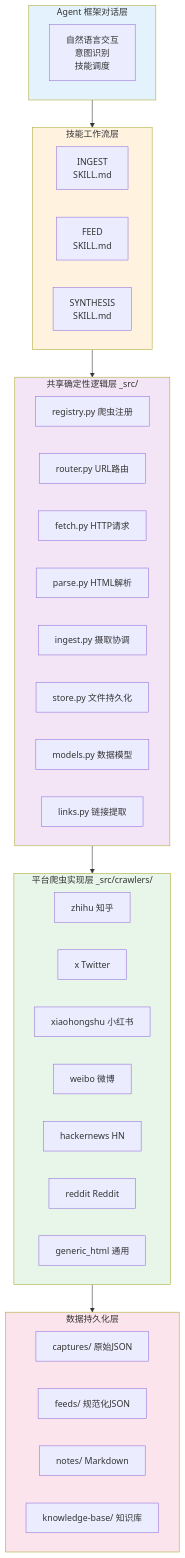
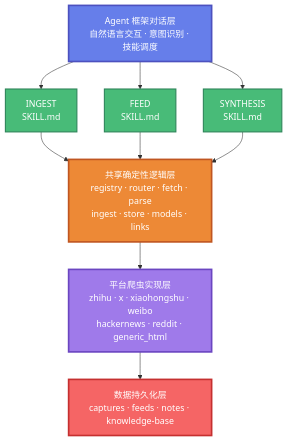
Before and after one commit to NatsuFox/Tapestry: the second of 4 diagrams in README.md, drawn with Mermaid. The commit also changed other lines of this file, not shown here.

First line of the commit message:
refactor: redesign Mermaid diagrams with vibrant colors

````diff
--- a/README.md
+++ b/README.md
@@ -220,51 +220,27 @@
 ```mermaid
 flowchart TB
-    subgraph Layer1["Agent 框架对话层"]
-        A[自然语言交互<br/>意图识别<br/>技能调度]
-    end
+    A[Agent 框架对话层<br/>自然语言交互 · 意图识别 · 技能调度]
 
-    subgraph Layer2["技能工作流层"]
-        B1[INGEST<br/>SKILL.md]
-        B2[FEED<br/>SKILL.md]
-        B3[SYNTHESIS<br/>SKILL.md]
-    end
+    B1[INGEST<br/>SKILL.md]
+    B2[FEED<br/>SKILL.md]
+    B3[SYNTHESIS<br/>SKILL.md]
 
-    subgraph Layer3["共享确定性逻辑层 _src/"]
-        C1[registry.py 爬虫注册]
-        C2[router.py URL路由]
-        C3[fetch.py HTTP请求]
-        C4[parse.py HTML解析]
-        C5[ingest.py 摄取协调]
-        C6[store.py 文件持久化]
-        C7[models.py 数据模型]
-        C8[links.py 链接提取]
-    end
+    C[共享确定性逻辑层<br/>registry · router · fetch · parse<br/>ingest · store · models · links]
 
-    subgraph Layer4["平台爬虫实现层 _src/crawlers/"]
-        D1[zhihu 知乎]
-        D2[x Twitter]
-        D3[xiaohongshu 小红书]
-        D4[weibo 微博]
-        D5[hackernews HN]
-        D6[reddit Reddit]
-        D7[generic_html 通用]
-    end
+    D[平台爬虫实现层<br/>zhihu · x · xiaohongshu · weibo<br/>hackernews · reddit · generic_html]
 
-    subgraph Layer5["数据持久化层"]
-        E1[captures/ 原始JSON]
-        E2[feeds/ 规范化JSON]
-        E3[notes/ Markdown]
-        E4[knowledge-base/ 知识库]
-    end
+    E[数据持久化层<br/>captures · feeds · notes · knowledge-base]
 
-    Layer1 --> Layer2
-    Layer2 --> Layer3
-    Layer3 --> Layer4
-    Layer4 --> Layer5
+    A --> B1 & B2 & B3
+    B1 & B2 & B3 --> C
+    C --> D
+    D --> E
 
-    style Layer1 fill:#e3f2fd
-    style Layer2 fill:#fff3e0
-    style Layer3 fill:#f3e5f5
-    style Layer4 fill:#e8f5e9
-    style Layer5 fill:#fce4ec
+    style A fill:#667EEA,stroke:#4C51BF,stroke-width:3px,color:#fff
+    style B1 fill:#48BB78,stroke:#2F855A,stroke-width:2px,color:#fff
+    style B2 fill:#48BB78,stroke:#2F855A,stroke-width:2px,color:#fff
+    style B3 fill:#48BB78,stroke:#2F855A,stroke-width:2px,color:#fff
+    style C fill:#ED8936,stroke:#C05621,stroke-width:3px,color:#fff
+    style D fill:#9F7AEA,stroke:#6B46C1,stroke-width:3px,color:#fff
+    style E fill:#F56565,stroke:#C53030,stroke-width:3px,color:#fff
 ```
````
